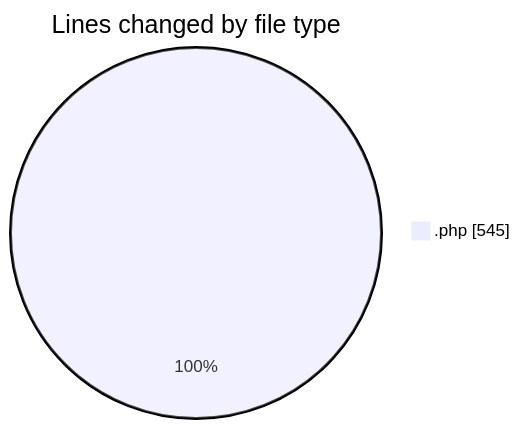
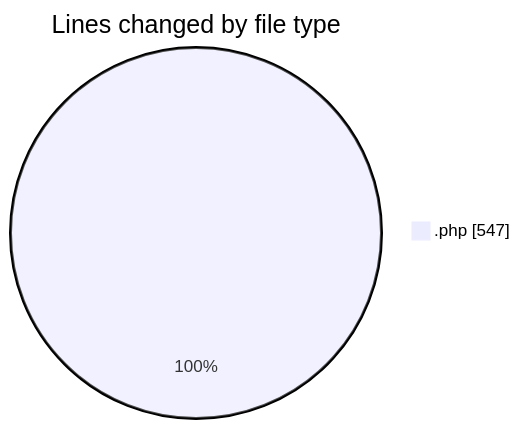
The first of 2 diagrams in 2025-07-02/web/README.md (LanceThiago/code-tracking), drawn with Mermaid before and after one commit. The commit also changed other lines of this file and 1 other file, not shown here.

````diff
--- a/2025-07-02/web/README.md
+++ b/2025-07-02/web/README.md
@@ -20,5 +20,5 @@
 ```mermaid
 pie showData
 title Lines changed by file type
-".php" : 545
+".php" : 547
 ```
````
